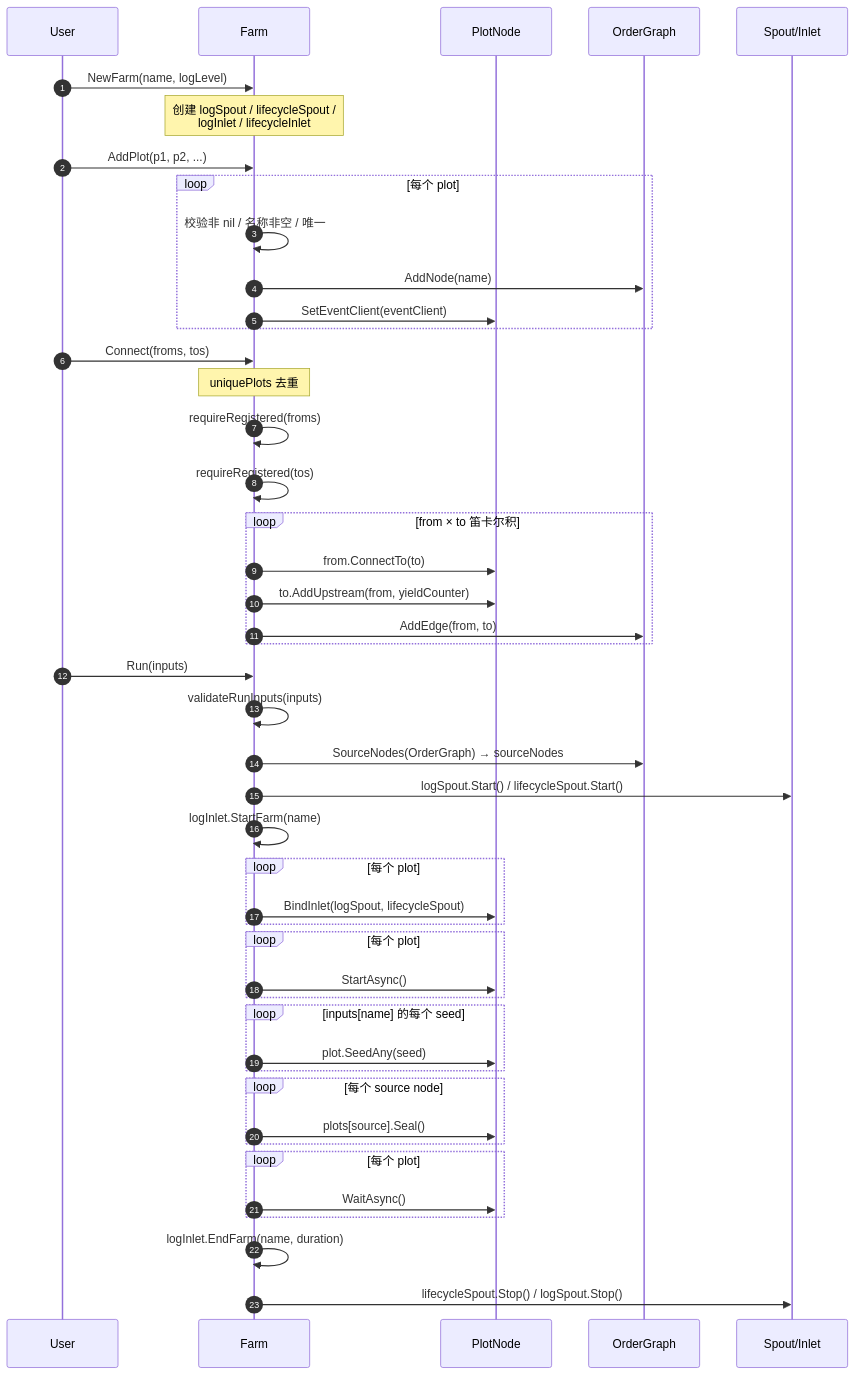
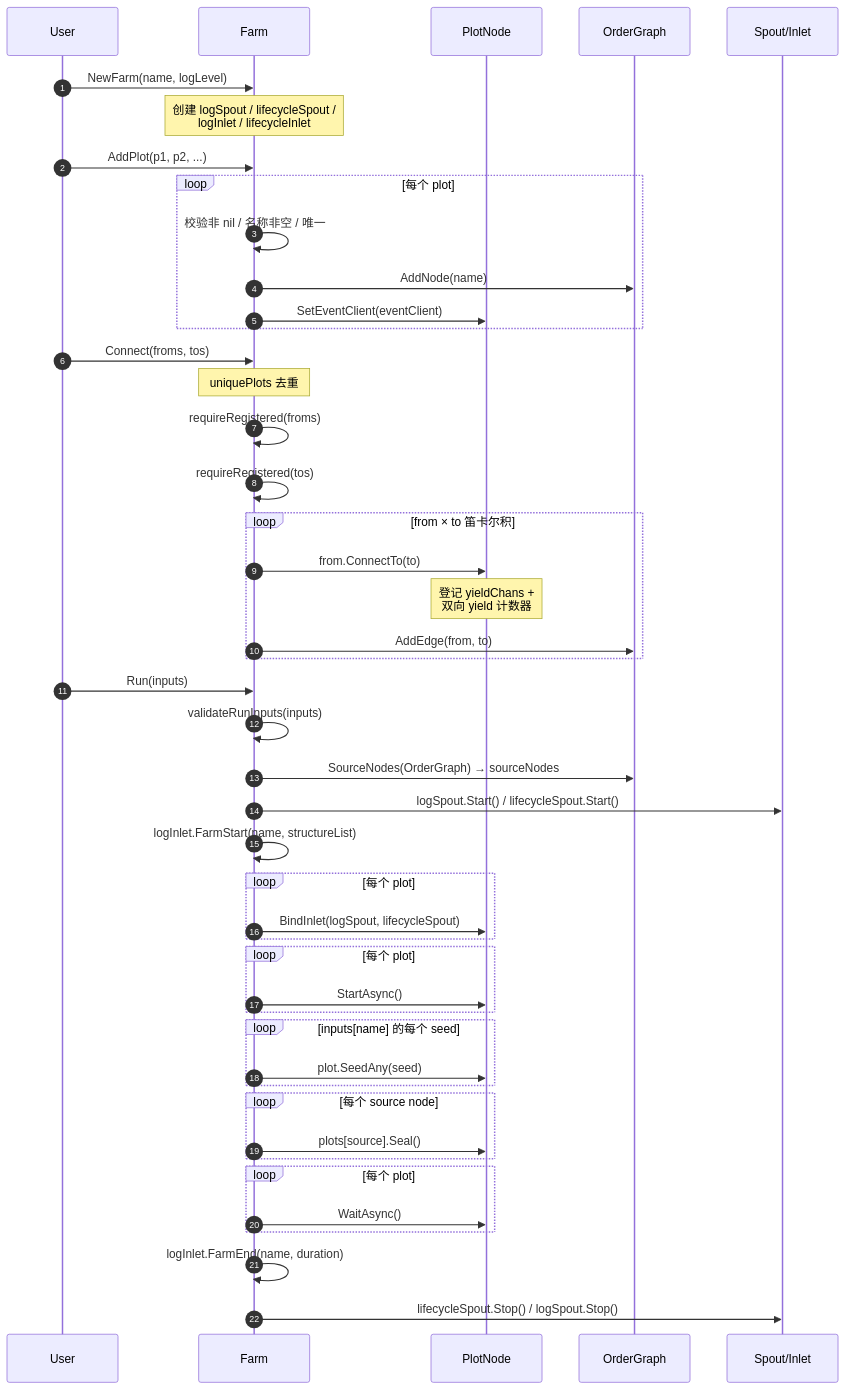
Before and after one commit to Mr-xiaotian/CelestialGrow: the diagram in docs/zh-CN/pkg/farm/farm.md, drawn with Mermaid. The commit also changed other lines of this file and 34 other files, not shown here.

````diff
--- a/docs/zh-CN/pkg/farm/farm.md
+++ b/docs/zh-CN/pkg/farm/farm.md
@@ -83,52 +85,52 @@
 ```mermaid
 sequenceDiagram
     autonumber
     participant U as User
     participant F as Farm
     participant P as PlotNode
     participant G as OrderGraph
     participant S as Spout/Inlet
 
     U->>F: NewFarm(name, logLevel)
     Note over F: 创建 logSpout / lifecycleSpout /<br/>logInlet / lifecycleInlet
 
     U->>F: AddPlot(p1, p2, ...)
     loop 每个 plot
         F->>F: 校验非 nil / 名称非空 / 唯一
         F->>G: AddNode(name)
         F->>P: SetEventClient(eventClient)
     end
 
     U->>F: Connect(froms, tos)
     Note over F: uniquePlots 去重
     F->>F: requireRegistered(froms)
     F->>F: requireRegistered(tos)
     loop from × to 笛卡尔积
         F->>P: from.ConnectTo(to)
-        F->>P: to.AddUpstream(from, yieldCounter)
+        Note over P: 登记 yieldChans +<br/>双向 yield 计数器
         F->>G: AddEdge(from, to)
     end
 
     U->>F: Run(inputs)
     F->>F: validateRunInputs(inputs)
     F->>G: SourceNodes(OrderGraph) → sourceNodes
     F->>S: logSpout.Start() / lifecycleSpout.Start()
-    F->>F: logInlet.StartFarm(name)
+    F->>F: logInlet.FarmStart(name, structureList)
     loop 每个 plot
         F->>P: BindInlet(logSpout, lifecycleSpout)
     end
     loop 每个 plot
         F->>P: StartAsync()
     end
     loop inputs[name] 的每个 seed
         F->>P: plot.SeedAny(seed)
     end
     loop 每个 source node
         F->>P: plots[source].Seal()
     end
     loop 每个 plot
         F->>P: WaitAsync()
     end
-    F->>F: logInlet.EndFarm(name, duration)
+    F->>F: logInlet.FarmEnd(name, duration)
     F->>S: lifecycleSpout.Stop() / logSpout.Stop()
 ```
````
